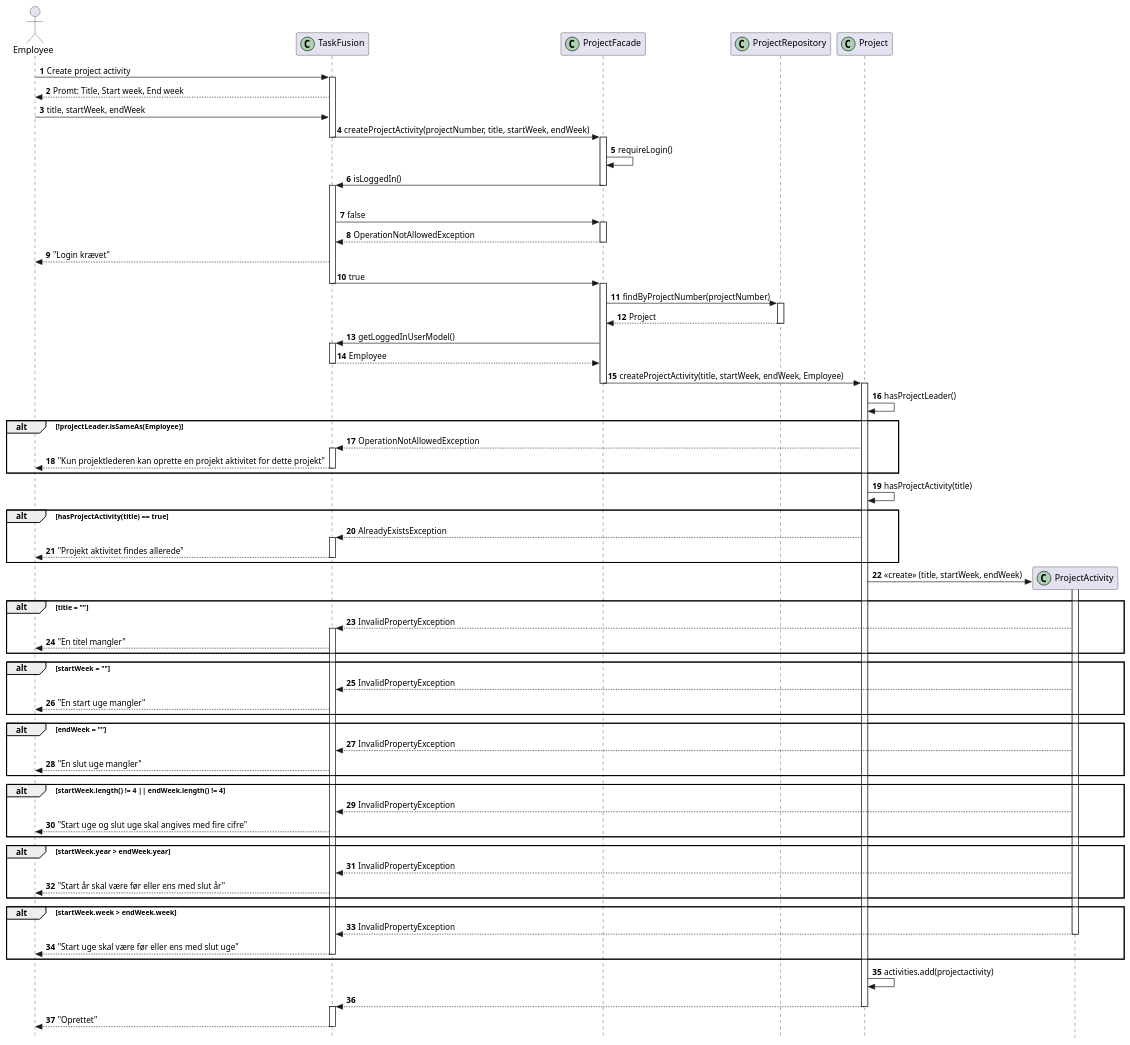
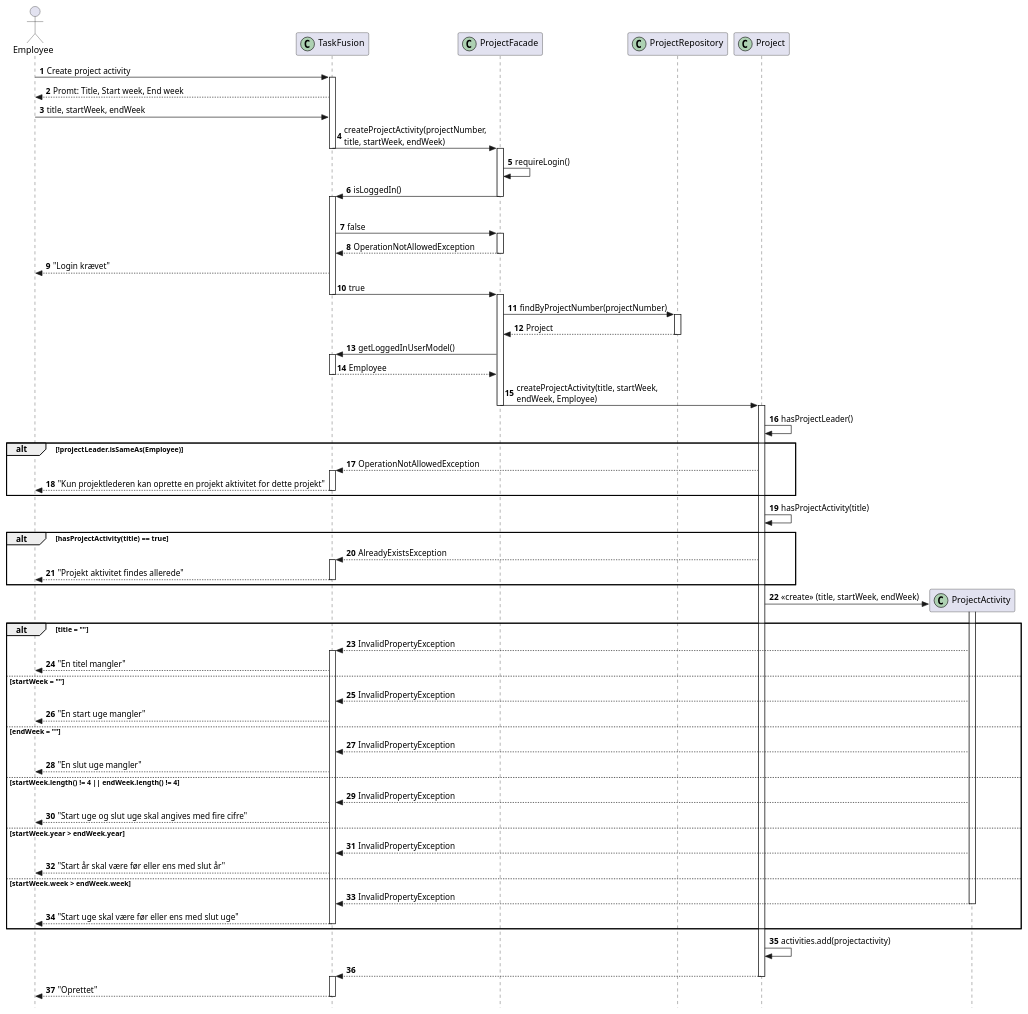
The diagram in RequirementsAndDesign/SequenceDiagrams/createProjectActivity.puml (rwiuff/02161ExamProject), drawn with PlantUML before and after one commit. The commit also changed 8 other files, not shown here.

```diff
--- a/RequirementsAndDesign/SequenceDiagrams/createProjectActivity.puml
+++ b/RequirementsAndDesign/SequenceDiagrams/createProjectActivity.puml
@@ -1,71 +1,66 @@
 @startuml seqCreateProjectActivity
 autonumber
 hide footbox
 skinparam style strictuml
 hide unlinked
 actor "Employee" as employee
 participant "TaskFusion" as app << (C,#ADD1B2) >>
 participant "ProjectFacade" as projectfacade << (C,#ADD1B2) >>
 participant "ProjectRepository" as projectrepo << (C,#ADD1B2) >>
 participant "Project" as project << (C,#ADD1B2) >>
 collections "Map<String, Projects> projects" as projects << (M, Crimson) >>
 collections "Map<String, Employee> employees" as emps << (M,Crimson) >>
 participant "ProjectActivity" as projectactivity << (C,#ADD1B2) >>
 
 employee -> app++: Create project activity
 app --> employee: Promt: Title, Start week, End week
 employee -> app: title, startWeek, endWeek
-app -> projectfacade--++: createProjectActivity(projectNumber, title, startWeek, endWeek)
+app -> projectfacade--++: createProjectActivity(projectNumber,\ntitle, startWeek, endWeek)
 projectfacade -> projectfacade: requireLogin()
 projectfacade -> app--++: isLoggedIn()
 alt loggedInUser == null
-app -> projectfacade++: false
-projectfacade --> app--: OperationNotAllowedException
-app --> employee: "Login krævet"
+    app -> projectfacade++: false
+    projectfacade --> app--: OperationNotAllowedException
+    app --> employee: "Login krævet"
 else
-app -> projectfacade--++: true
-projectfacade -> projectrepo++: findByProjectNumber(projectNumber)
-projectrepo --> projectfacade--: Project
-projectfacade -> app++: getLoggedInUserModel()
-app --> projectfacade--: Employee
-projectfacade -> project--++: createProjectActivity(title, startWeek, endWeek, Employee)
-project -> project: hasProjectLeader()
-alt !projectLeader.isSameAs(Employee)
-project --> app++: OperationNotAllowedException
-app --> employee--: "Kun projektlederen kan oprette en projekt aktivitet for dette projekt"
-end
-project -> project: hasProjectActivity(title)
-alt hasProjectActivity(title) == true
-project --> app++: AlreadyExistsException
-app --> employee--: "Projekt aktivitet findes allerede"
-end
-project -> projectactivity**: <<create>> (title, startWeek, endWeek)
-activate projectactivity
-alt title = ""
-projectactivity --> app++: InvalidPropertyException
-app --> employee: "En titel mangler"
-end
-alt startWeek = ""
-projectactivity --> app: InvalidPropertyException
-app --> employee: "En start uge mangler"
-end
-alt endWeek = ""
-projectactivity --> app: InvalidPropertyException
-app --> employee: "En slut uge mangler"
-end
-alt startWeek.length() != 4 || endWeek.length() != 4
-projectactivity --> app: InvalidPropertyException
-app --> employee: "Start uge og slut uge skal angives med fire cifre"
-end
-alt startWeek.year > endWeek.year
-projectactivity --> app: InvalidPropertyException
-app --> employee: "Start år skal være før eller ens med slut år"
-end
-alt startWeek.week > endWeek.week
-projectactivity --> app--: InvalidPropertyException
-app --> employee--: "Start uge skal være før eller ens med slut uge"
-end
-project -> project: activities.add(projectactivity)
-project --> app--++
-app --> employee--: "Oprettet"
-@enduml
+    app -> projectfacade--++: true
+    projectfacade -> projectrepo++: findByProjectNumber(projectNumber)
+    projectrepo --> projectfacade--: Project
+    projectfacade -> app++: getLoggedInUserModel()
+    app --> projectfacade--: Employee
+    projectfacade -> project--++: createProjectActivity(title, startWeek,\nendWeek, Employee)
+    project -> project: hasProjectLeader()
+    alt !projectLeader.isSameAs(Employee)
+        project --> app++: OperationNotAllowedException
+        app --> employee--: "Kun projektlederen kan oprette en projekt aktivitet for dette projekt"
+    end
+    project -> project: hasProjectActivity(title)
+    alt hasProjectActivity(title) == true
+        project --> app++: AlreadyExistsException
+        app --> employee--: "Projekt aktivitet findes allerede"
+    end
+    project -> projectactivity**: <<create>> (title, startWeek, endWeek)
+    activate projectactivity
+    alt title = ""
+        projectactivity --> app++: InvalidPropertyException
+        app --> employee: "En titel mangler"
+    else startWeek = ""
+        projectactivity --> app: InvalidPropertyException
+        app --> employee: "En start uge mangler"
+    else endWeek = ""
+        projectactivity --> app: InvalidPropertyException
+        app --> employee: "En slut uge mangler"
+    else startWeek.length() != 4 || endWeek.length() != 4
+        projectactivity --> app: InvalidPropertyException
+        app --> employee: "Start uge og slut uge skal angives med fire cifre"
+    else startWeek.year > endWeek.year
+        projectactivity --> app: InvalidPropertyException
+        app --> employee: "Start år skal være før eller ens med slut år"
+    else startWeek.week > endWeek.week
+        projectactivity --> app--: InvalidPropertyException
+        app --> employee--: "Start uge skal være før eller ens med slut uge"
+    end
+    project -> project: activities.add(projectactivity)
+    project --> app--++
+    app --> employee--: "Oprettet"
+    @enduml
```
